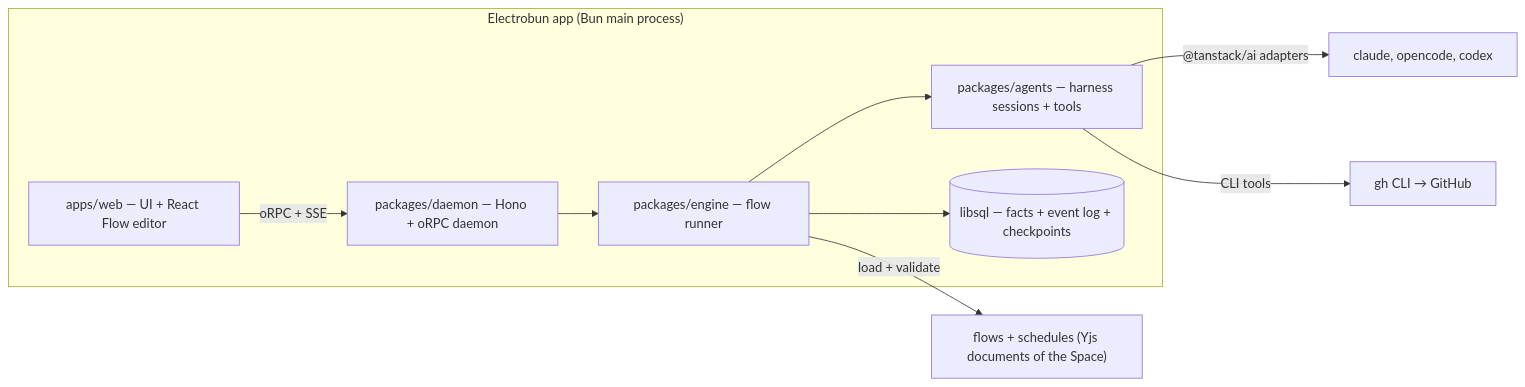
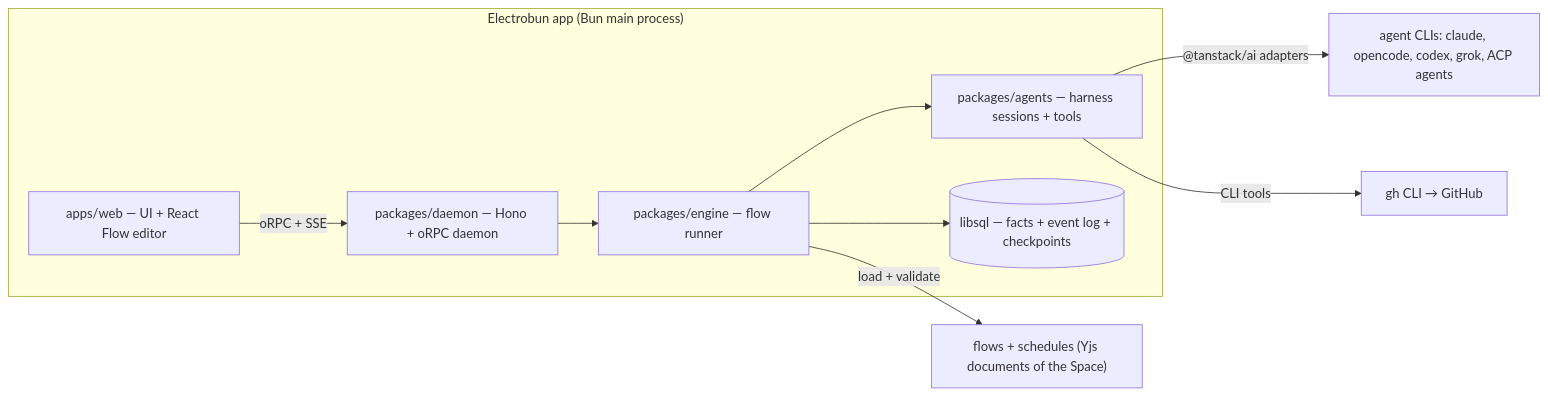
The diagram in docs/PLAN.md (xiduzo/nightshift), drawn with Mermaid before and after one commit. The commit also changed other lines of this file and 2 other files, not shown here.

````diff
--- a/docs/PLAN.md
+++ b/docs/PLAN.md
@@ -78,21 +80,21 @@
 ```mermaid
 flowchart LR
   subgraph desktop["Electrobun app (Bun main process)"]
     ui["apps/web — UI + React Flow editor"]
     daemon["packages/daemon — Hono + oRPC daemon"]
     engine["packages/engine — flow runner"]
     agents["packages/agents — harness sessions + tools"]
     db[("libsql — facts + event log + checkpoints")]
   end
   flows["flows + schedules (Yjs documents of the Space)"]
-  harness["claude, opencode, codex"]
+  harness["agent CLIs: claude, opencode, codex, grok, ACP agents"]
   gh["gh CLI → GitHub"]
 
   ui -- "oRPC + SSE" --> daemon
   daemon --> engine
   engine --> agents
   engine --> db
   engine -- "load + validate" --> flows
   agents -- "@tanstack/ai adapters" --> harness
   agents -- "CLI tools" --> gh
 ```
````
